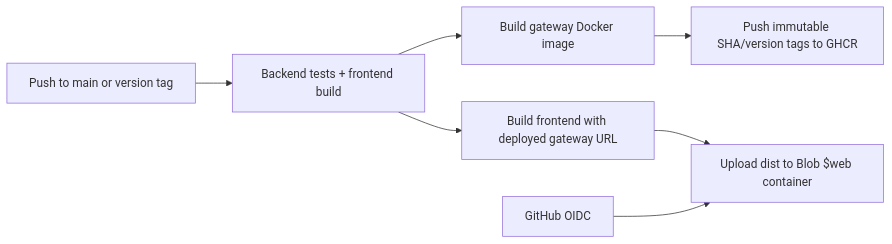
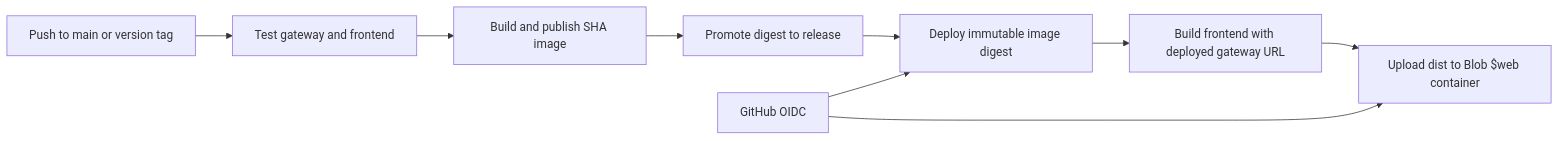
One commit to ellisbirt/adventure-works-mcp-server changed the fourth of 4 diagrams in README.md. Above: the diagram before and after it, drawn with Mermaid. The commit also changed other lines of this file and 6 other files, not shown here.

````diff
--- a/README.md
+++ b/README.md
@@ -95,9 +95,11 @@
 ```mermaid
 flowchart LR
-	Commit[Push to main or version tag] --> Tests[Backend tests + frontend build]
-	Tests --> Image[Build gateway Docker image]
-	Image --> GHCR[Push immutable SHA/version tags to GHCR]
-	Tests --> WebBuild[Build frontend with deployed gateway URL]
+	Commit[Push to main or version tag] --> Test[Test gateway and frontend]
+	Test --> Image[Build and publish SHA image]
+	Image --> Promote[Promote digest to release]
+	Promote --> Deploy[Deploy immutable image digest]
+	Deploy --> WebBuild[Build frontend with deployed gateway URL]
 	WebBuild --> Blob[Upload dist to Blob $web container]
-	AzureLogin[GitHub OIDC] --> Blob
+	AzureLogin[GitHub OIDC] --> Deploy
+	AzureLogin --> Blob
 ```
````
